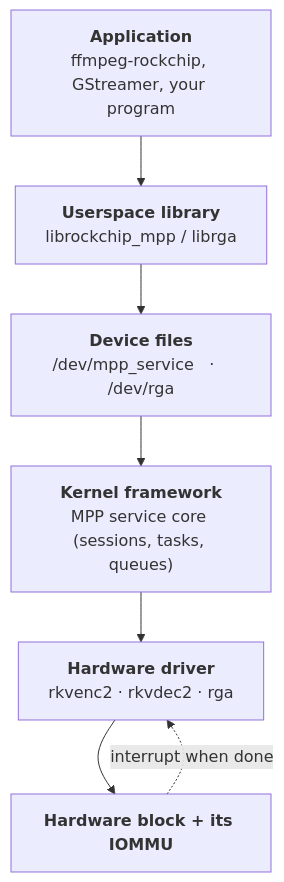
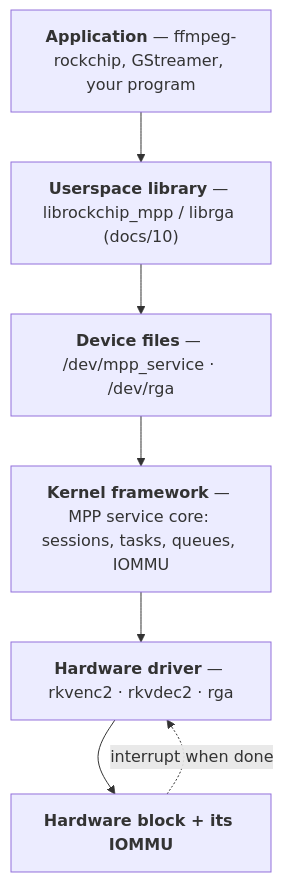
One commit to yisding/rock-5b-ysp changed the second of 7 diagrams in docs/09-how-the-drivers-work.md. Above: the diagram before and after it, drawn with Mermaid. The commit also changed other lines of this file and 1 other file, not shown here.

````diff
--- a/docs/09-how-the-drivers-work.md
+++ b/docs/09-how-the-drivers-work.md
@@ -59,11 +69,11 @@
 ```mermaid
 flowchart TB
-  app["<b>Application</b><br/>ffmpeg-rockchip, GStreamer, your program"]
-  lib["<b>Userspace library</b><br/>librockchip_mpp  /  librga"]
-  dev["<b>Device files</b><br/>/dev/mpp_service   ·   /dev/rga"]
-  fw["<b>Kernel framework</b><br/>MPP service core (sessions, tasks, queues)"]
-  drv["<b>Hardware driver</b><br/>rkvenc2 · rkvdec2 · rga"]
+  app["<b>Application</b> — ffmpeg-rockchip, GStreamer, your program"]
+  lib["<b>Userspace library</b> — librockchip_mpp / librga (docs/10)"]
+  dev["<b>Device files</b> — /dev/mpp_service · /dev/rga"]
+  fw["<b>Kernel framework</b> — MPP service core: sessions, tasks, queues, IOMMU"]
+  drv["<b>Hardware driver</b> — rkvenc2 · rkvdec2 · rga"]
   hw["<b>Hardware block + its IOMMU</b>"]
   app --> lib --> dev --> fw --> drv --> hw
   hw -. "interrupt when done" .-> drv
 ```
````
